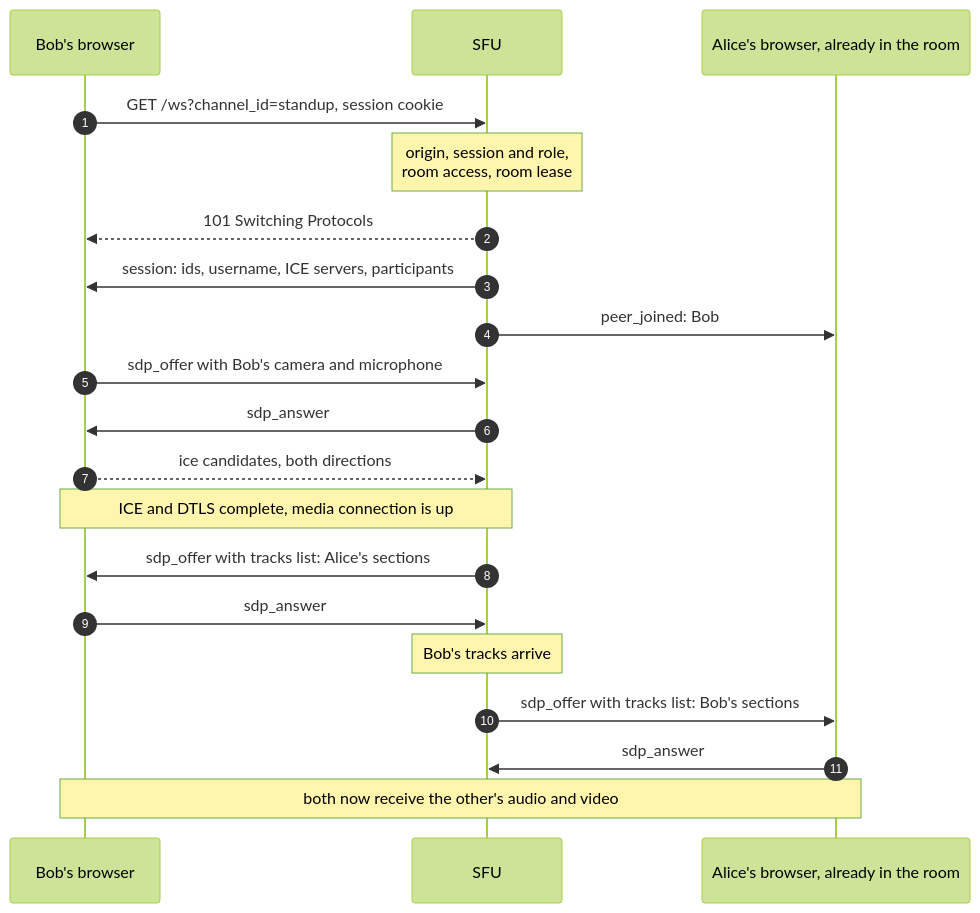
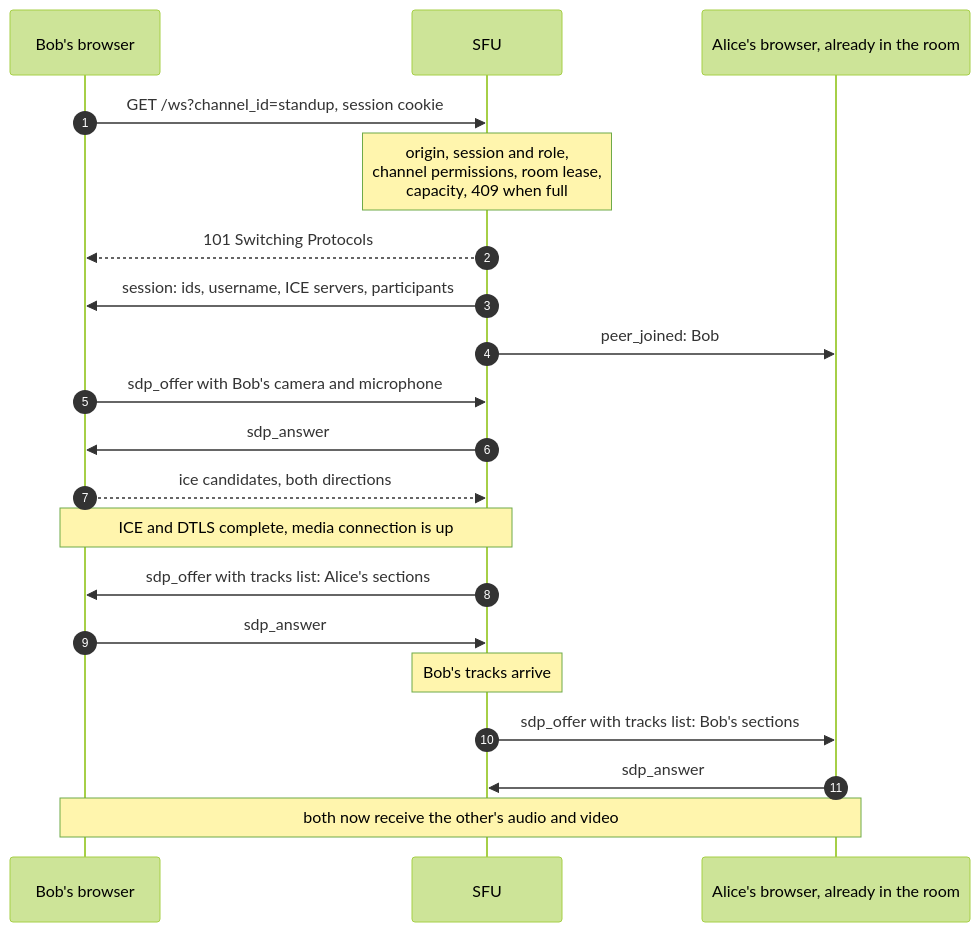
Before and after one commit to Jonohas/melior: the seventh of 18 diagrams in docs/architecture.md, drawn with Mermaid (forest theme). The commit also changed other lines of this file and 2 other files, not shown here.

Commit message:
Document communities, permissions and voice presence

````diff
--- a/docs/architecture.md
+++ b/docs/architecture.md
@@ -296,23 +340,23 @@
 ```mermaid
 sequenceDiagram
     autonumber
     participant bob as Bob's browser
     participant sfu as SFU
     participant alice as Alice's browser, already in the room
 
     bob->>sfu: GET /ws?channel_id=standup, session cookie
-    Note over sfu: origin, session and role,<br/>room access, room lease
+    Note over sfu: origin, session and role,<br/>channel permissions, room lease,<br/>capacity, 409 when full
     sfu-->>bob: 101 Switching Protocols
     sfu->>bob: session: ids, username, ICE servers, participants
     sfu->>alice: peer_joined: Bob
     bob->>sfu: sdp_offer with Bob's camera and microphone
     sfu->>bob: sdp_answer
     bob-->>sfu: ice candidates, both directions
     Note over bob,sfu: ICE and DTLS complete, media connection is up
     sfu->>bob: sdp_offer with tracks list: Alice's sections
     bob->>sfu: sdp_answer
     Note over sfu: Bob's tracks arrive
     sfu->>alice: sdp_offer with tracks list: Bob's sections
     alice->>sfu: sdp_answer
     Note over bob,alice: both now receive the other's audio and video
 ```
````
